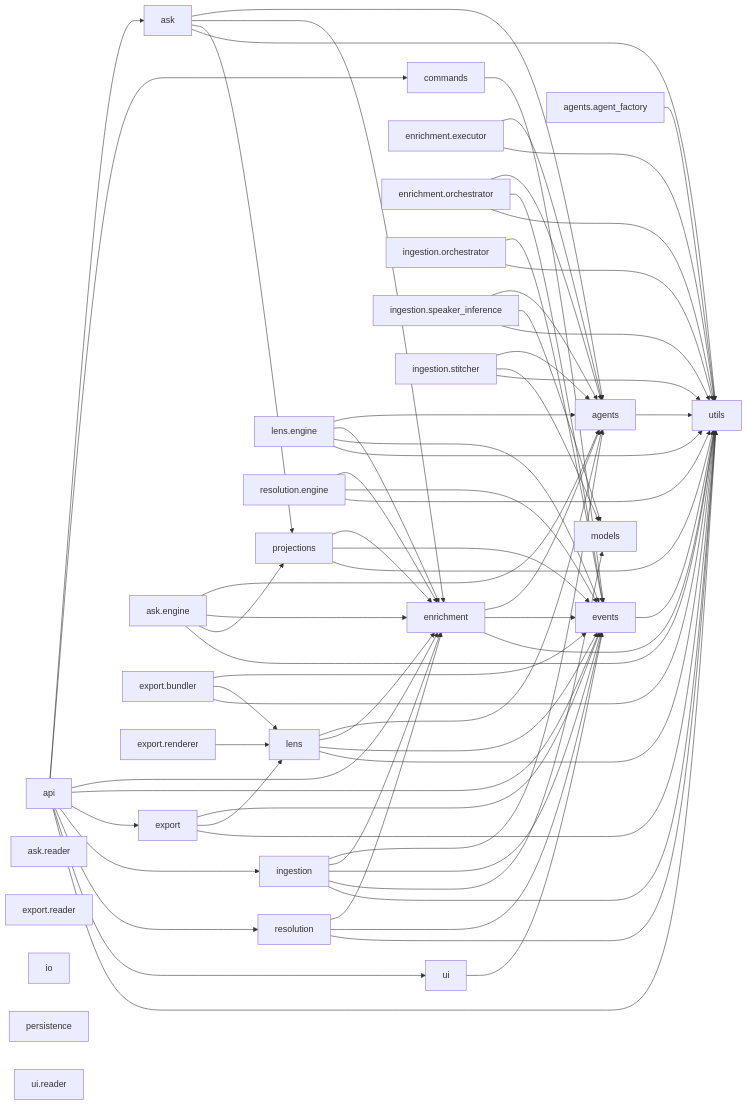
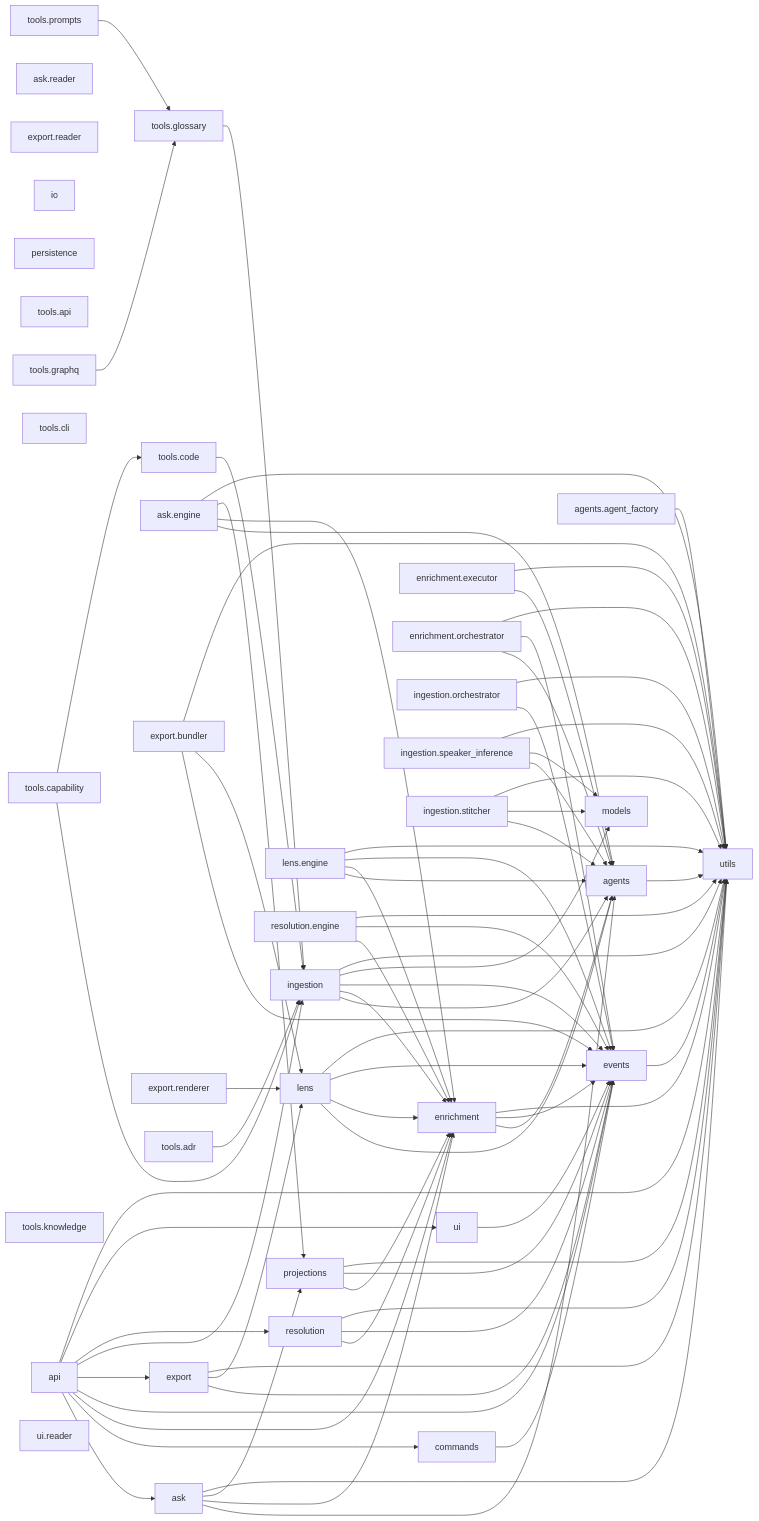
One commit to DigitalCowboyN/interview_analyzer_chaining changed the diagram in docs/code/pipeline.md. Above: the diagram before and after it, drawn with Mermaid. The commit also changed 14 other files, not shown here.

First line of the commit message:
Extend the code map to tools/ (Round A of operations capabilities) (#29)

```diff
--- a/docs/code/pipeline.md
+++ b/docs/code/pipeline.md
@@ -73,6 +73,16 @@
     resolution.engine --> enrichment
     resolution.engine --> events
     resolution.engine --> utils
+    tools.adr --> ingestion
+    tools.api
+    tools.capability --> ingestion
+    tools.capability --> tools.code
+    tools.cli
+    tools.code --> ingestion
+    tools.glossary --> ingestion
+    tools.graphq --> tools.glossary
+    tools.knowledge
+    tools.prompts --> tools.glossary
     ui --> events
     ui.reader
     utils
```
